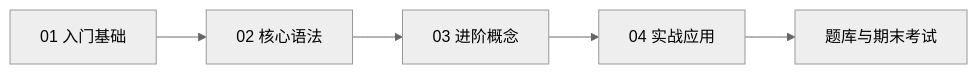
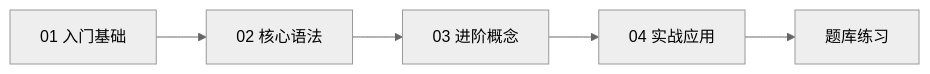
The diagram in languages/cpp/README.md (xiangjl623/Coder), drawn with Mermaid (neutral theme) before and after one commit. The commit also changed other lines of this file and 22 other files, not shown here.

````diff
--- a/languages/cpp/README.md
+++ b/languages/cpp/README.md
@@ -13,7 +13,7 @@
 ```mermaid
 flowchart LR
     A[01 入门基础] --> B[02 核心语法]
     B --> C[03 进阶概念]
     C --> D[04 实战应用]
-    D --> E[题库与期末考试]
+    D --> E[题库练习]
 ```
````
